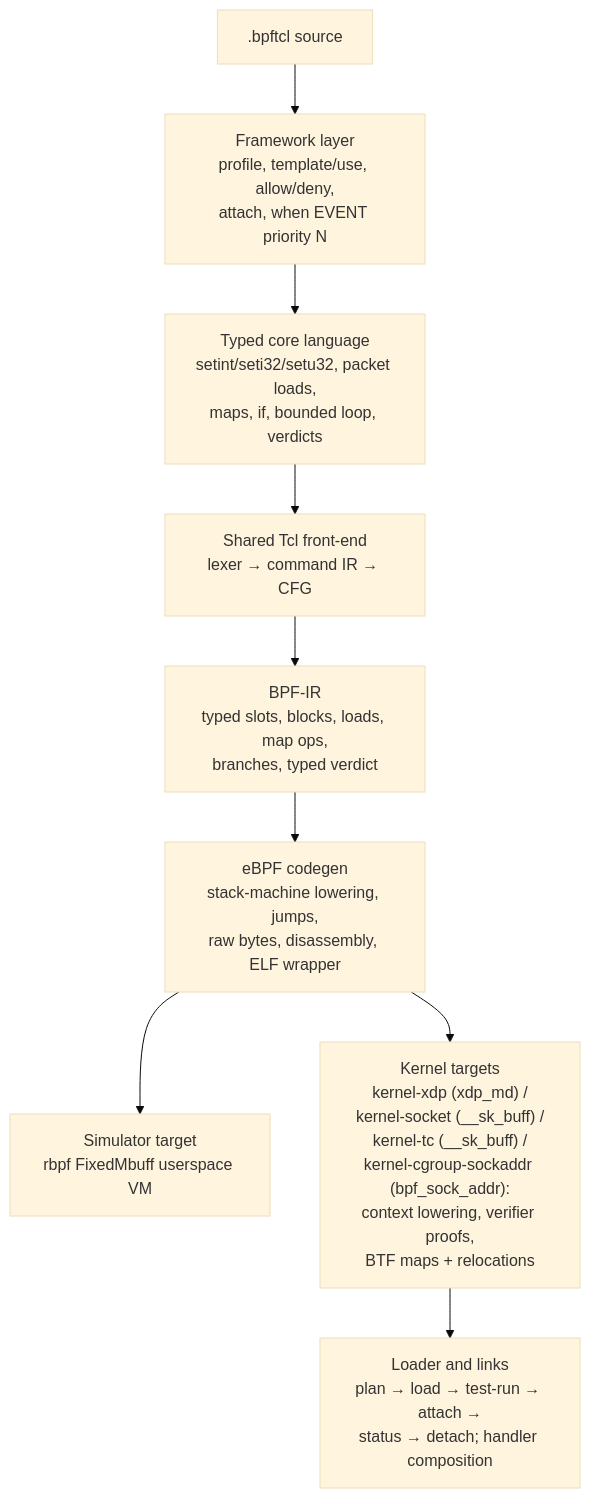
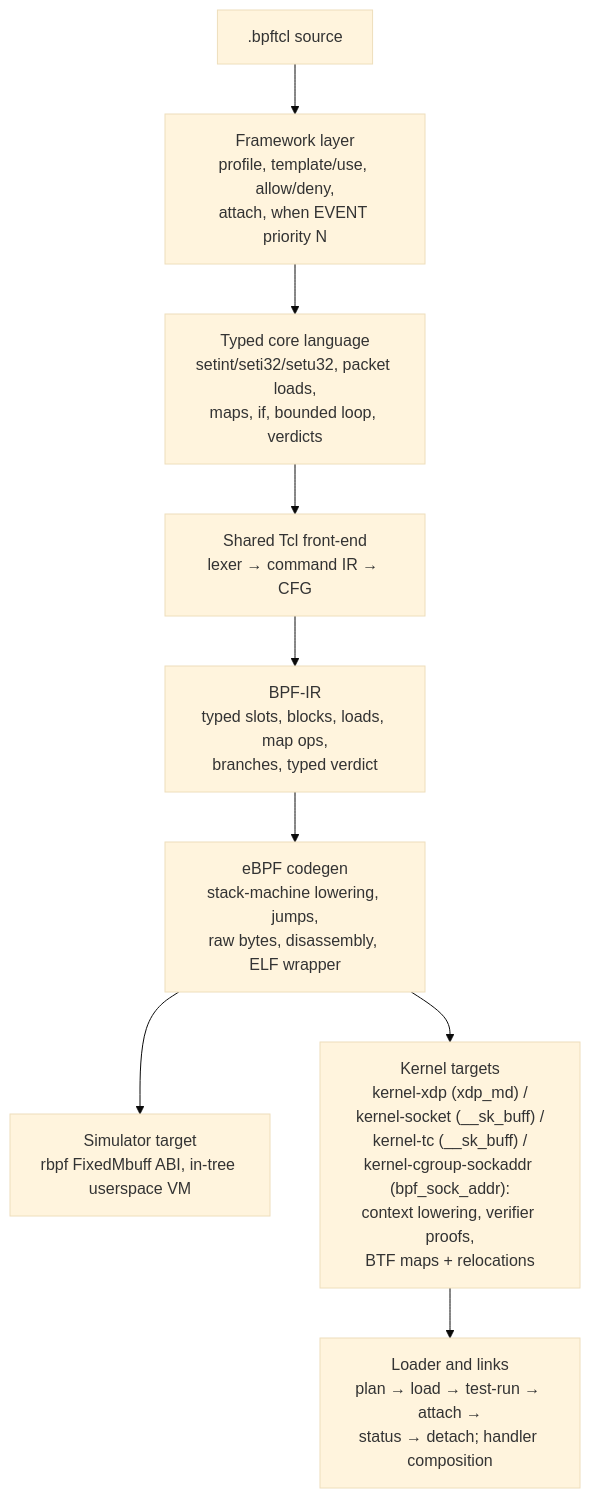
One commit to bitwisecook/tcl-lsp changed the diagram in docs/design/compiler/ebpf-backend.md. Above: the diagram before and after it, drawn with Mermaid (base theme). The commit also changed other lines of this file and 8 other files, not shown here.

````diff
--- a/docs/design/compiler/ebpf-backend.md
+++ b/docs/design/compiler/ebpf-backend.md
@@ -24,17 +25,17 @@
 ```mermaid
 flowchart TB
     Source[".bpftcl source"]
     Framework["Framework layer<br/>profile, template/use, allow/deny,<br/>attach, when EVENT priority N"]
     Core["Typed core language<br/>setint/seti32/setu32, packet loads,<br/>maps, if, bounded loop, verdicts"]
     TclIR["Shared Tcl front-end<br/>lexer → command IR → CFG"]
     BpfIR["BPF-IR<br/>typed slots, blocks, loads, map ops,<br/>branches, typed verdict"]
     Codegen["eBPF codegen<br/>stack-machine lowering, jumps,<br/>raw bytes, disassembly, ELF wrapper"]
-    Rbpf["Simulator target<br/>rbpf FixedMbuff userspace VM"]
+    Rbpf["Simulator target<br/>rbpf FixedMbuff ABI, in-tree userspace VM"]
     Kernel["Kernel targets<br/>kernel-xdp (xdp_md) /<br/>kernel-socket (__sk_buff) /<br/>kernel-tc (__sk_buff) /<br/>kernel-cgroup-sockaddr (bpf_sock_addr):<br/>context lowering, verifier proofs,<br/>BTF maps + relocations"]
     Loader["Loader and links<br/>plan → load → test-run → attach →<br/>status → detach; handler composition"]
 
     Source --> Framework --> Core --> TclIR --> BpfIR --> Codegen
     Codegen --> Rbpf
     Codegen --> Kernel
     Kernel --> Loader
 ```
````
